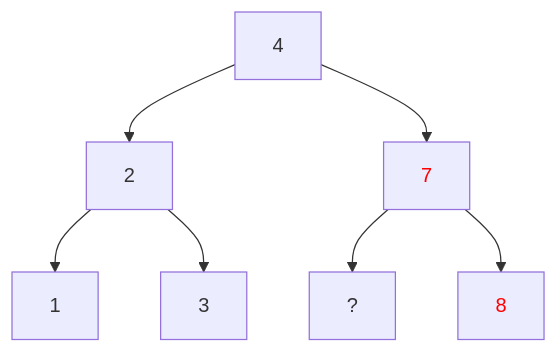
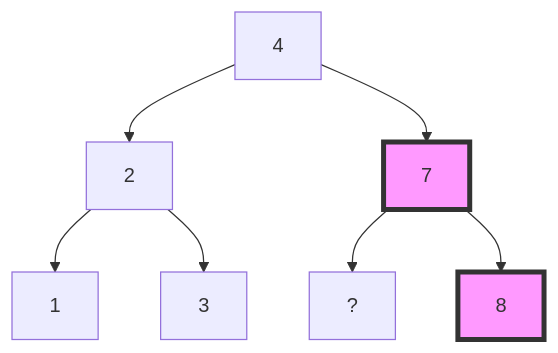
Before and after one commit to tsolenthaler/zbwAlgDs: the eighth of 17 diagrams in docs/algorithmen/binary-tree.md, drawn with Mermaid. The commit also changed other lines of this file, not shown here.

Commit message:
Refactor binary tree diagram styles for improved visualization and consistency

````diff
--- a/docs/algorithmen/binary-tree.md
+++ b/docs/algorithmen/binary-tree.md
@@ -248,11 +245,11 @@
 ``` mermaid
 flowchart TD
     4 --> 2
     4 --> 7
     2 --> 1
     2 --> 3
     7 --> ?
     7 --> 8
-    style 7 color:red
-    style 8 color:red
+    style 7 fill:#f9f,stroke:#333,stroke-width:4px
+    style 8 fill:#f9f,stroke:#333,stroke-width:4px
 ```
````
